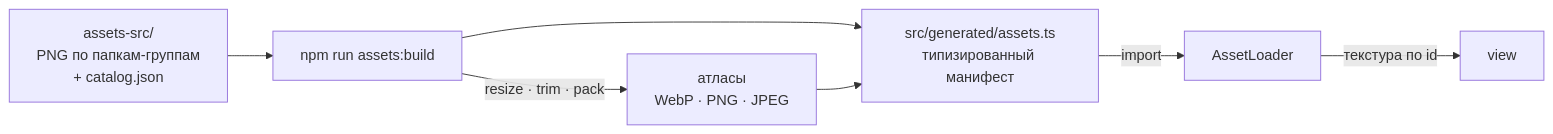
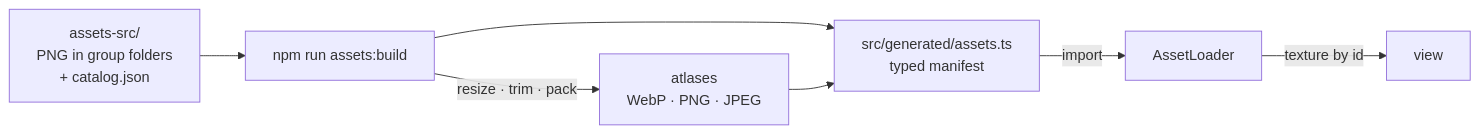
The fifth of 6 diagrams in README.md (sburdenko/bub-playables-pixi), drawn with Mermaid before and after one commit. The commit also changed other lines of this file, not shown here.

````diff
--- a/README.md
+++ b/README.md
@@ -184,16 +184,16 @@
 ```mermaid
 flowchart LR
-    src["assets-src/<br/>PNG по папкам-группам<br/>+ catalog.json"]
+    src["assets-src/<br/>PNG in group folders<br/>+ catalog.json"]
     build["npm run assets:build"]
-    atlases["атласы<br/>WebP · PNG · JPEG"]
-    manifest["src/generated/assets.ts<br/>типизированный манифест"]
+    atlases["atlases<br/>WebP · PNG · JPEG"]
+    manifest["src/generated/assets.ts<br/>typed manifest"]
     loader["AssetLoader"]
     views["view"]
 
     src --> build
     build -->|resize · trim · pack| atlases
     build --> manifest
     atlases --> manifest
     manifest -->|import| loader
-    loader -->|текстура по id| views
+    loader -->|texture by id| views
 ```
````
